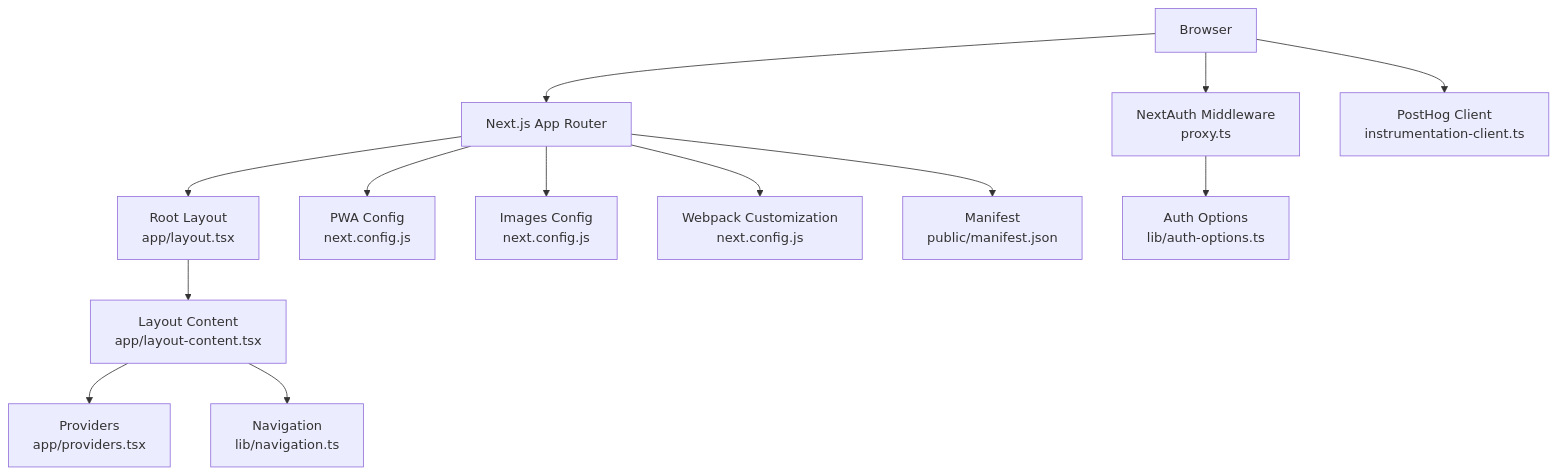
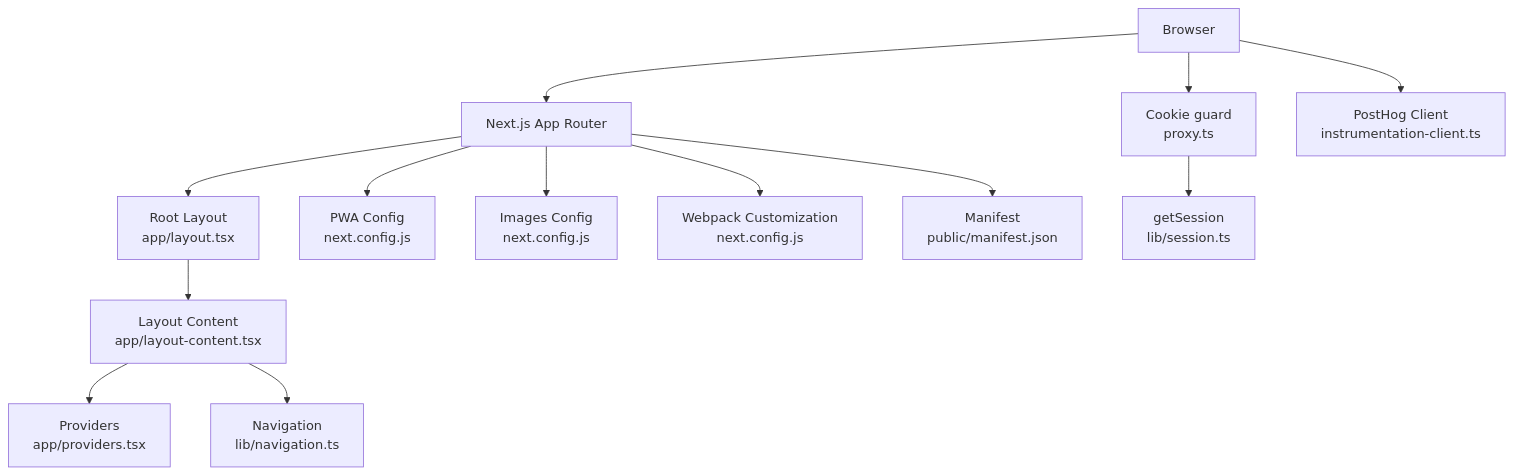
Before and after one commit to tashifkhan/tashif.codes: the second of 11 diagrams in src/data/docs/talentsync/Frontend Application/Next.js Application Architecture.md, drawn with Mermaid. The commit also changed other lines of this file and 2128 other files, not shown here.

First line of the commit message:
docs: replace raster diagram images with native Mermaid across project guides

````diff
--- a/src/data/docs/talentsync/Frontend Application/Next.js Application Architecture.md
+++ b/src/data/docs/talentsync/Frontend Application/Next.js Application Architecture.md
@@ -93,28 +93,28 @@
 ```mermaid
 graph TB
 CLIENT["Browser"]
 NEXT["Next.js App Router"]
 LAYOUT["Root Layout<br/>app/layout.tsx"]
 LAYOUT_CONTENT["Layout Content<br/>app/layout-content.tsx"]
 PROVIDERS["Providers<br/>app/providers.tsx"]
 NAV["Navigation<br/>lib/navigation.ts"]
-AUTH["NextAuth Middleware<br/>proxy.ts"]
-AUTH_OPTIONS["Auth Options<br/>lib/auth-options.ts"]
+AUTH["Cookie guard<br/>proxy.ts"]
+AUTH_OPTIONS["getSession<br/>lib/session.ts"]
 PWA["PWA Config<br/>next.config.js"]
 IMAGES["Images Config<br/>next.config.js"]
 WEBPACK["Webpack Customization<br/>next.config.js"]
 POSTHOG["PostHog Client<br/>instrumentation-client.ts"]
 MANIFEST["Manifest<br/>public/manifest.json"]
 CLIENT --> NEXT
 NEXT --> LAYOUT
 LAYOUT --> LAYOUT_CONTENT
 LAYOUT_CONTENT --> PROVIDERS
 LAYOUT_CONTENT --> NAV
 CLIENT --> AUTH
 AUTH --> AUTH_OPTIONS
 NEXT --> PWA
 NEXT --> IMAGES
 NEXT --> WEBPACK
 CLIENT --> POSTHOG
 NEXT --> MANIFEST
 ```
````
